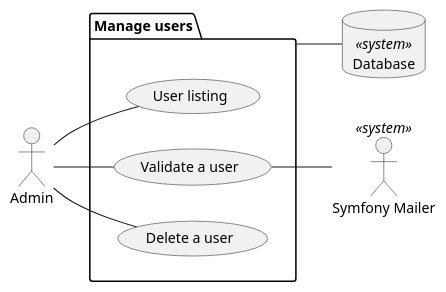
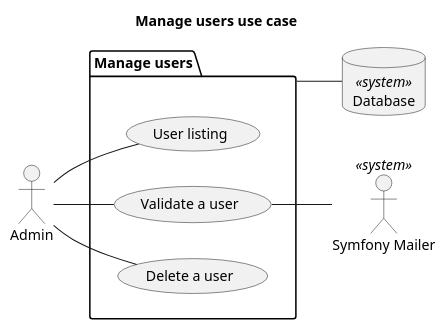
One commit to acecconato/AnthonyCecconato_5_18102021 changed the diagram in docs/puml/usecase/manage_users.puml. Above: the diagram before and after it, drawn with PlantUML. The commit also changed 33 other files, not shown here.

```diff
--- a/docs/puml/usecase/manage_users.puml
+++ b/docs/puml/usecase/manage_users.puml
@@ -1,27 +1,29 @@
 @startuml
 left to right direction
+
+title Manage users use case
 
 ' Actors
 actor Admin
 
 '  <<system>>
 Database Database <<system>>
 actor "Symfony Mailer" as SymfonyMailer <<system>>
 
 ' Package definition
 package "Manage users" as ManageUsersPackage {
     usecase "User listing" as UserListing
     usecase "Validate a user" as ValidateUser
     usecase "Delete a user" as DeleteUser
 }
 
 ' Relations
 Admin -- UserListing
 Admin -- ValidateUser
 Admin -- DeleteUser
 
 ManageUsersPackage -- Database
 
 ValidateUser -- SymfonyMailer
 
 @enduml
```
